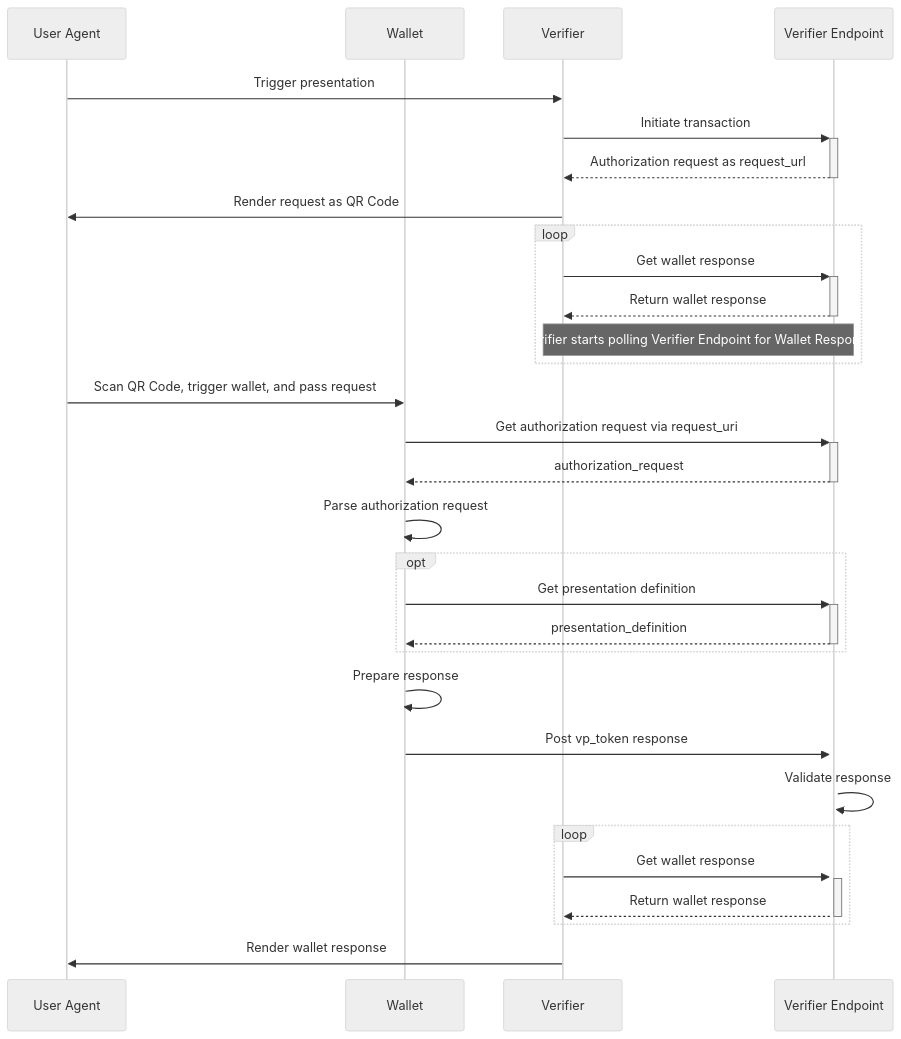
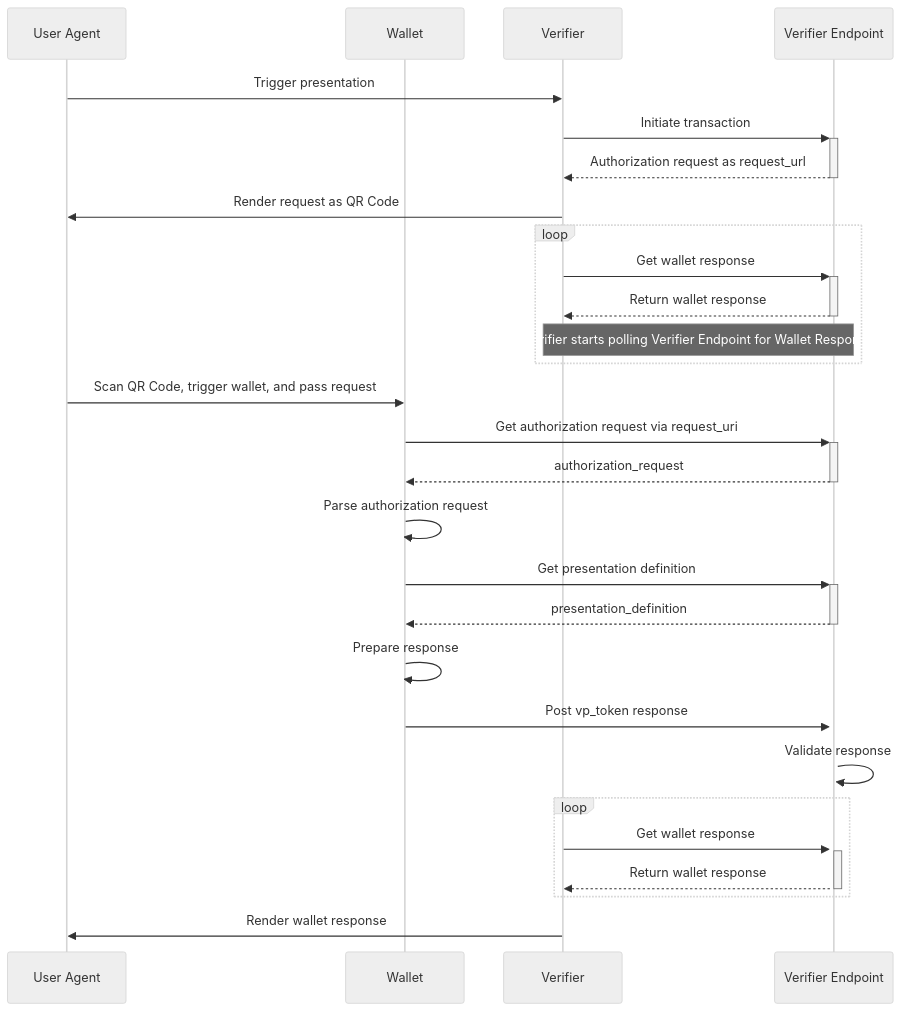
The second of 2 diagrams in README.md (eu-digital-identity-wallet/eudi-srv-web-verifier-endpoint-23220-4-kt), drawn with Mermaid (neutral theme) before and after one commit. The commit also changed other lines of this file and 32 other files, not shown here.

````diff
--- a/README.md
+++ b/README.md
@@ -180,43 +178,41 @@
 ```mermaid
 sequenceDiagram    
     participant UA as User Agent
     participant W as Wallet
     participant V as Verifier
     participant VE as Verifier Endpoint
     UA->>V: Trigger presentation 
     
     V->>+VE:  Initiate transaction
     VE-->>-V: Authorization request as request_url
     
     V->>UA: Render request as QR Code
 
     loop
     V->>+VE: Get wallet response
     VE-->>-V: Return wallet response
     Note over V,VE: Verifier starts polling Verifier Endpoint for Wallet Response
     end
 
     UA->>W: Scan QR Code, trigger wallet, and pass request
     
     W->>+VE: Get authorization request via request_uri 
     VE-->>-W: authorization_request
     
     W->>W: Parse authorization request
     
-    opt
-        W->>+VE: Get presentation definition 
-        VE-->>-W: presentation_definition
-    end
+    W->>+VE: Get presentation definition 
+    VE-->>-W: presentation_definition
     
     W->>W: Prepare response     
     
     W->>+VE: Post vp_token response 
     VE->>VE: Validate response
 
     loop
     V->>+VE: Get wallet response
     VE-->>-V: Return wallet response
     end
     
     V->>UA: Render wallet response
 ```
````
